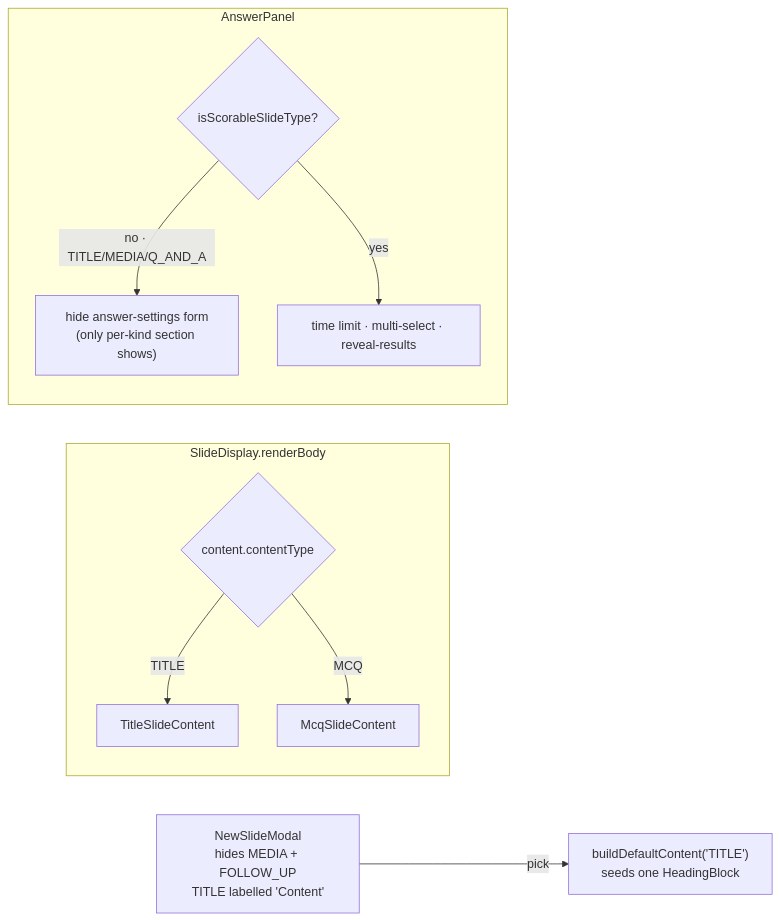
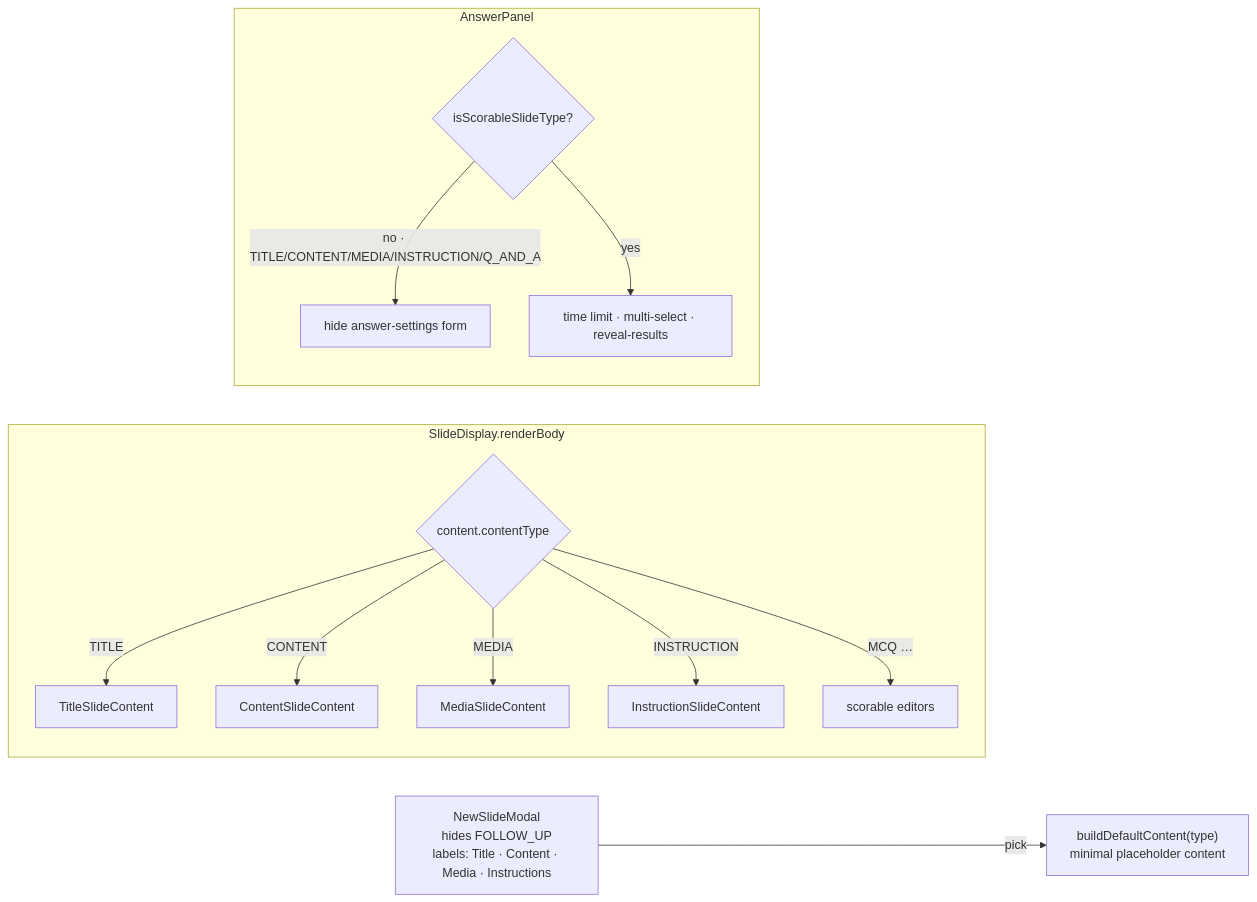
One commit to Saganaut/ambi changed the fourth of 4 diagrams in z-docs/diagrams/content-slide.md. Above: the diagram before and after it, drawn with Mermaid. The commit also changed other lines of this file and 46 other files, not shown here.

First line of the commit message:
feat(deck): split block-based Content slide into flat slide types

````diff
--- a/z-docs/diagrams/content-slide.md
+++ b/z-docs/diagrams/content-slide.md
@@ -158,17 +148,20 @@
 ```mermaid
 flowchart LR
-    NSM["NewSlideModal<br/>hides MEDIA + FOLLOW_UP<br/>TITLE labelled 'Content'"]
-    NSM -->|pick| BDC["buildDefaultContent('TITLE')<br/>seeds one HeadingBlock"]
+    NSM["NewSlideModal<br/>hides FOLLOW_UP<br/>labels: Title · Content · Media · Instructions"]
+    NSM -->|pick| BDC["buildDefaultContent(type)<br/>minimal placeholder content"]
 
     subgraph canvas["SlideDisplay.renderBody"]
         SW{"content.contentType"}
-        SW -->|TITLE| TSC["TitleSlideContent"]
-        SW -->|MCQ| MSC["McqSlideContent"]
+        SW -->|TITLE| T["TitleSlideContent"]
+        SW -->|CONTENT| C["ContentSlideContent"]
+        SW -->|MEDIA| M["MediaSlideContent"]
+        SW -->|INSTRUCTION| I["InstructionSlideContent"]
+        SW -->|MCQ …| Other["scorable editors"]
     end
 
     subgraph sidebar["AnswerPanel"]
         SC{"isScorableSlideType?"}
-        SC -->|no · TITLE/MEDIA/Q_AND_A| HIDE["hide answer-settings form<br/>(only per-kind section shows)"]
+        SC -->|no · TITLE/CONTENT/MEDIA/INSTRUCTION/Q_AND_A| HIDE["hide answer-settings form"]
         SC -->|yes| SHOW["time limit · multi-select · reveal-results"]
     end
 ```
````
